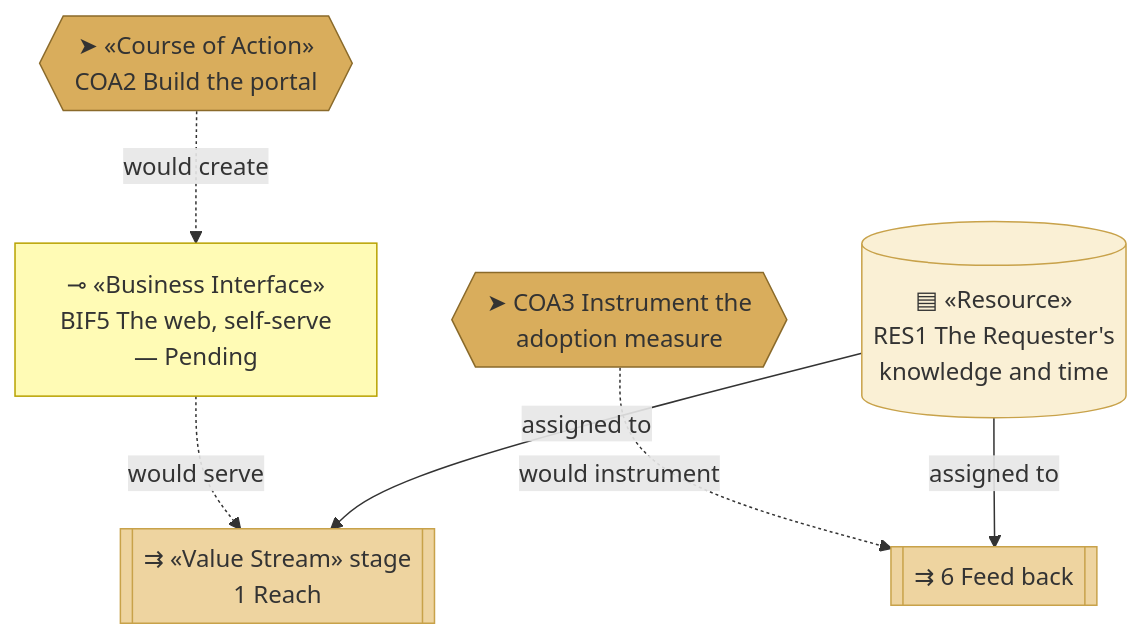
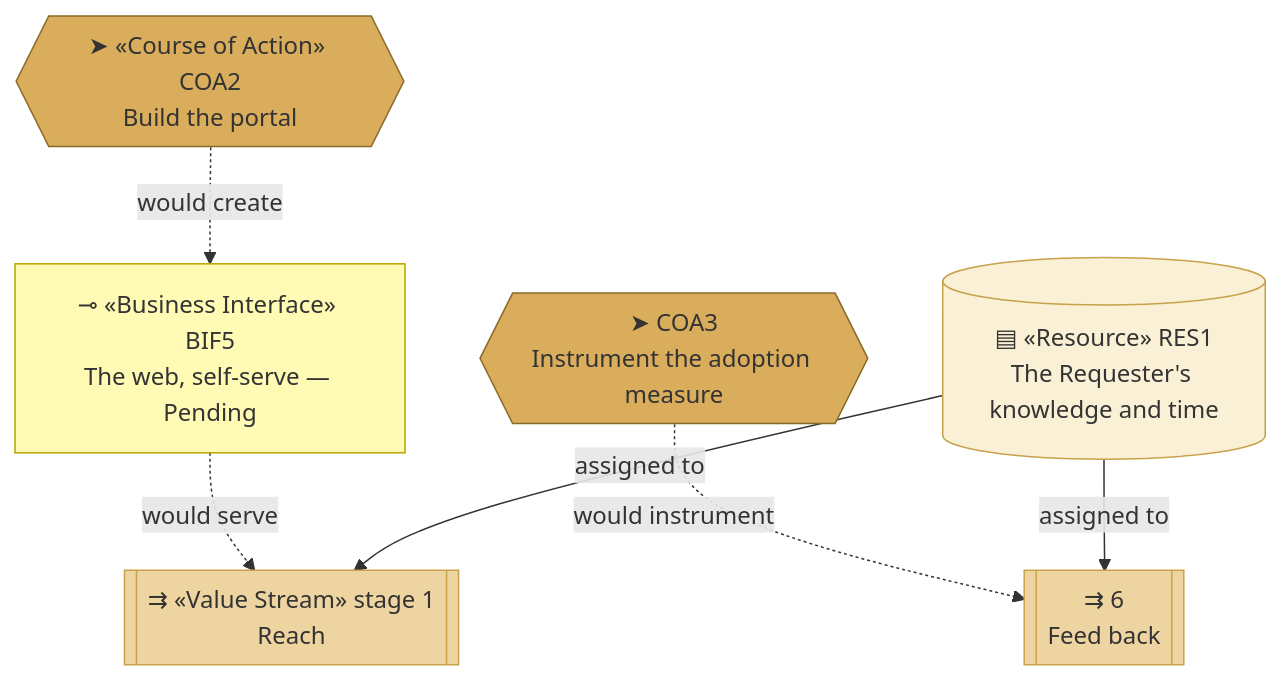
The fourth of 4 diagrams in organization/docs/ea/1_strategy/3_value-stream.md (roanboc/architecture-archreator), drawn with Mermaid before and after one commit. The commit also changed other lines of this file and 6 other files, not shown here.

````diff
--- a/organization/docs/ea/1_strategy/3_value-stream.md
+++ b/organization/docs/ea/1_strategy/3_value-stream.md
@@ -139,23 +139,23 @@
 ```mermaid
 flowchart TB
-  s1[["⇉ «Value Stream» stage<br>1 Reach"]]:::stage
-  s6[["⇉ 6 Feed back"]]:::stage
+  s1[["⇉ «Value Stream» stage 1<br>Reach"]]:::stage
+  s6[["⇉ 6<br>Feed back"]]:::stage
 
-  bif5["⊸ «Business Interface»<br>BIF5 The web, self-serve<br>— Pending"]:::interface
+  bif5["⊸ «Business Interface» BIF5<br>The web, self-serve — Pending"]:::interface
 
-  coa2{{"➤ «Course of Action»<br>COA2 Build the portal"}}:::action
-  coa3{{"➤ COA3 Instrument the<br>adoption measure"}}:::action
+  coa2{{"➤ «Course of Action» COA2<br>Build the portal"}}:::action
+  coa3{{"➤ COA3<br>Instrument the adoption measure"}}:::action
 
-  res1[("▤ «Resource»<br>RES1 The Requester's<br>knowledge and time")]:::resource
+  res1[("▤ «Resource» RES1<br>The Requester's knowledge and time")]:::resource
 
   coa2 -.->|would create| bif5
   bif5 -.->|would serve| s1
   coa3 -.->|would instrument| s6
   res1 -->|assigned to| s1
   res1 -->|assigned to| s6
 
   classDef stage fill:#eed4a0,stroke:#c8a24a,color:#333
   classDef interface fill:#fffbb5,stroke:#b8a200,color:#333
   classDef action fill:#d9ad5c,stroke:#8a6a2a,color:#333
   classDef resource fill:#faf0d5,stroke:#c8a24a,color:#333
 ```
````
